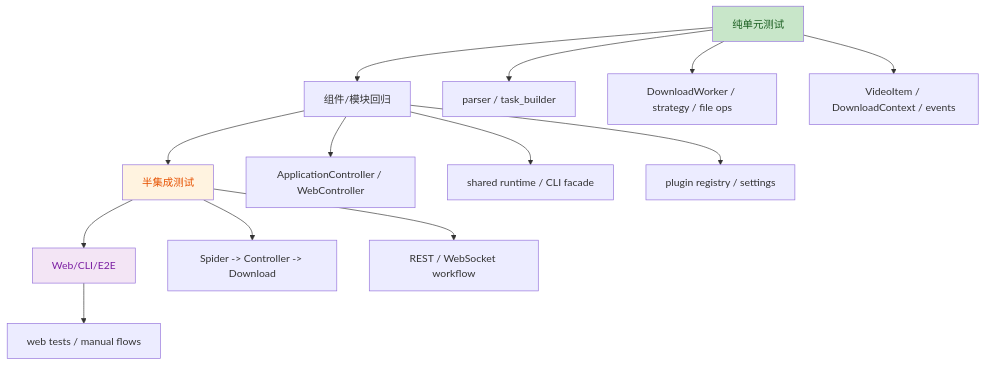
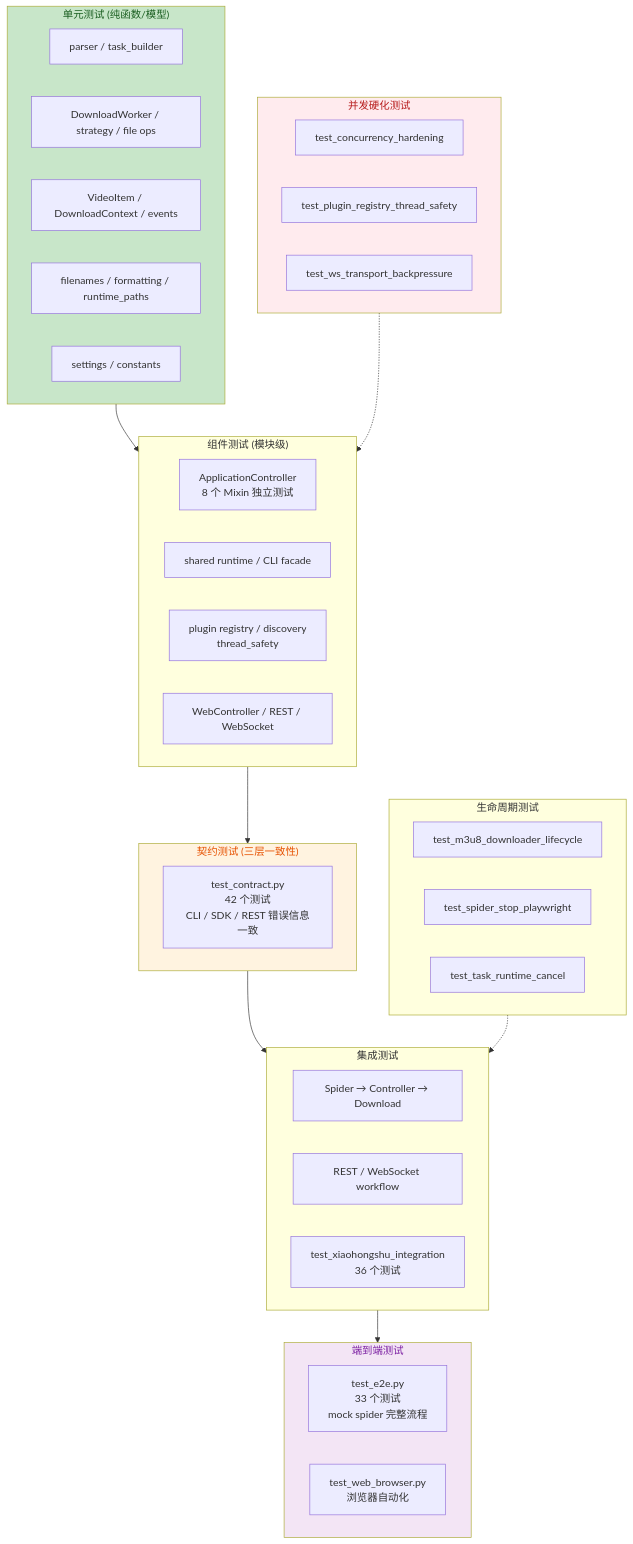
The second of 6 diagrams in mermaid/09-testing-and-quality.md (haohaizi554/UniversalCrawler), drawn with Mermaid before and after one commit. The commit also changed other lines of this file and 78 other files, not shown here.

Commit message:
Sync local workspace: packaging adaptation, frontend hardening, and architecture review.

````diff
--- a/mermaid/09-testing-and-quality.md
+++ b/mermaid/09-testing-and-quality.md
@@ -5,22 +19,56 @@
 ```mermaid
 flowchart TB
-    Unit[纯单元测试] --> Component[组件/模块回归]
-    Component --> Semi[半集成测试]
-    Semi --> E2E[Web/CLI/E2E]
+    subgraph Unit["单元测试 (纯函数/模型)"]
+        Parser["parser / task_builder"]
+        Worker["DownloadWorker / strategy / file ops"]
+        Models["VideoItem / DownloadContext / events"]
+        Utils["filenames / formatting / runtime_paths"]
+        Config["settings / constants"]
+    end
 
-    Unit --> Parser[parser / task_builder]
-    Unit --> Worker[DownloadWorker / strategy / file ops]
-    Unit --> Models[VideoItem / DownloadContext / events]
+    subgraph Component["组件测试 (模块级)"]
+        Controller["ApplicationController<br/>8 个 Mixin 独立测试"]
+        Runtime["shared runtime / CLI facade"]
+        Plugins["plugin registry / discovery<br/>thread_safety"]
+        WebCtrl["WebController / REST / WebSocket"]
+    end
 
-    Component --> Controller[ApplicationController / WebController]
-    Component --> Runtime[shared runtime / CLI facade]
-    Component --> Plugins[plugin registry / settings]
+    subgraph Contract["契约测试 (三层一致性)"]
+        ThreeLayer["test_contract.py<br/>42 个测试<br/>CLI / SDK / REST 错误信息一致"]
+    end
 
-    Semi --> Chains[Spider -> Controller -> Download]
-    Semi --> Web[REST / WebSocket workflow]
-    E2E --> Browser[web tests / manual flows]
+    subgraph Integration["集成测试"]
+        Chains["Spider → Controller → Download"]
+        Web["REST / WebSocket workflow"]
+        XHS["test_xiaohongshu_integration<br/>36 个测试"]
+    end
+
+    subgraph E2E["端到端测试"]
+        E2ETest["test_e2e.py<br/>33 个测试<br/>mock spider 完整流程"]
+        Browser["test_web_browser.py<br/>浏览器自动化"]
+    end
+
+    subgraph Hardening["并发硬化测试"]
+        Concurrency["test_concurrency_hardening"]
+        ThreadSafe["test_plugin_registry_thread_safety"]
+        Backpressure["test_ws_transport_backpressure"]
+    end
+
+    subgraph Lifecycle["生命周期测试"]
+        M3U8["test_m3u8_downloader_lifecycle"]
+        StopPlaywright["test_spider_stop_playwright"]
+        Cancel["test_task_runtime_cancel"]
+    end
+
+    Unit --> Component
+    Component --> Contract
+    Contract --> Integration
+    Integration --> E2E
+    Hardening -.-> Component
+    Lifecycle -.-> Integration
 
     style Unit fill:#c8e6c9,color:#1a5e20
-    style Semi fill:#fff3e0,color:#e65100
+    style Contract fill:#fff3e0,color:#e65100
     style E2E fill:#f3e5f5,color:#7b1fa2
+    style Hardening fill:#ffebee,color:#b71c1c
 ```
````
